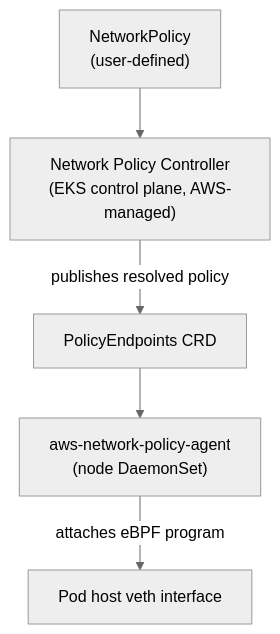
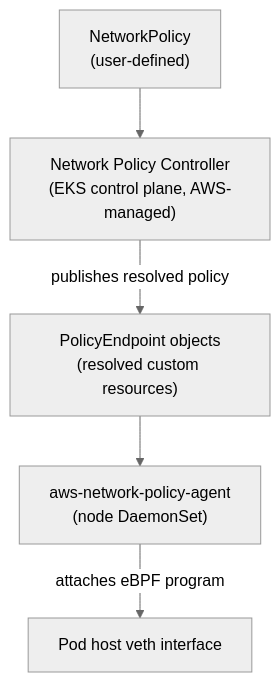
Before and after one commit to devfloor9/engineering-playbook: the second of 2 diagrams in docs/eks-best-practices/networking-performance/vpc-cni-deep-dive.md, drawn with Mermaid (neutral theme). The commit also changed other lines of this file and 7 other files, not shown here.

````diff
--- a/docs/eks-best-practices/networking-performance/vpc-cni-deep-dive.md
+++ b/docs/eks-best-practices/networking-performance/vpc-cni-deep-dive.md
@@ -157,7 +161,7 @@
 ```mermaid
 flowchart TB
     NP["NetworkPolicy<br/>(user-defined)"] --> NPC["Network Policy Controller<br/>(EKS control plane, AWS-managed)"]
-    NPC -->|"publishes resolved policy"| PE["PolicyEndpoints CRD"]
+    NPC -->|"publishes resolved policy"| PE["PolicyEndpoint objects<br/>(resolved custom resources)"]
     PE --> NPA["aws-network-policy-agent<br/>(node DaemonSet)"]
     NPA -->|"attaches eBPF program"| VETH["Pod host veth interface"]
 ```
````
